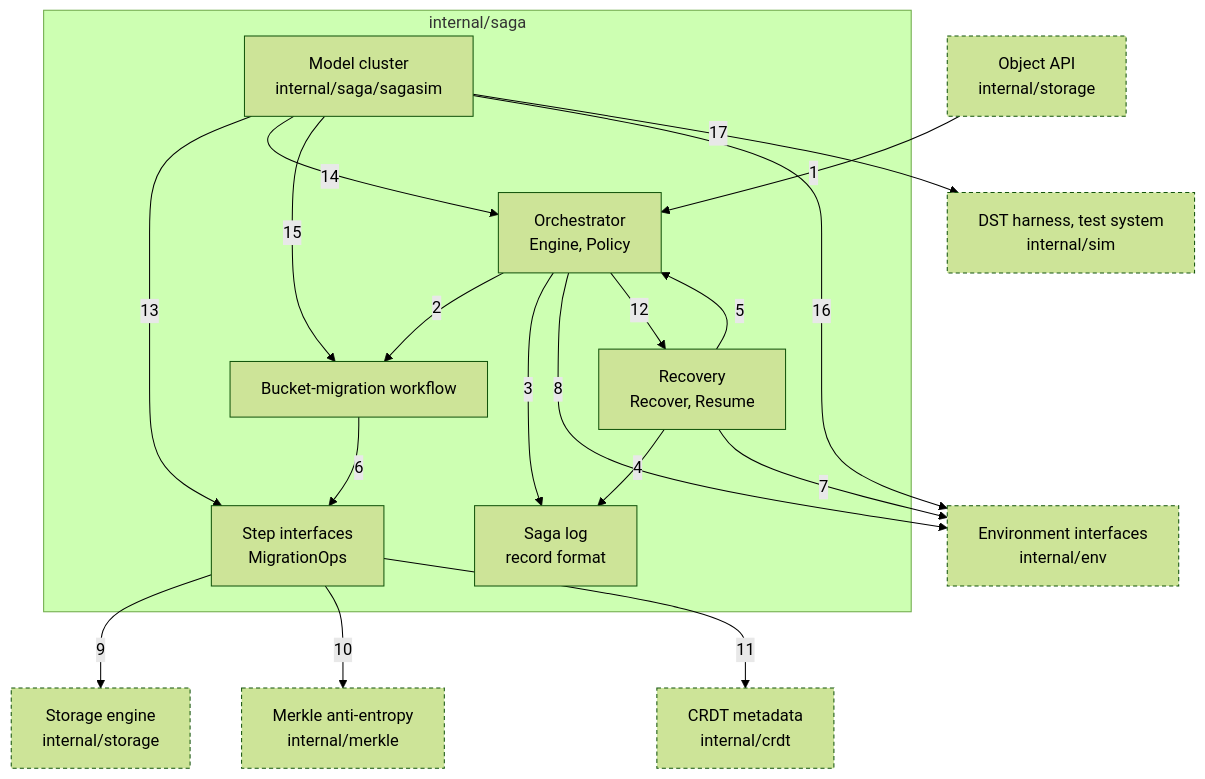
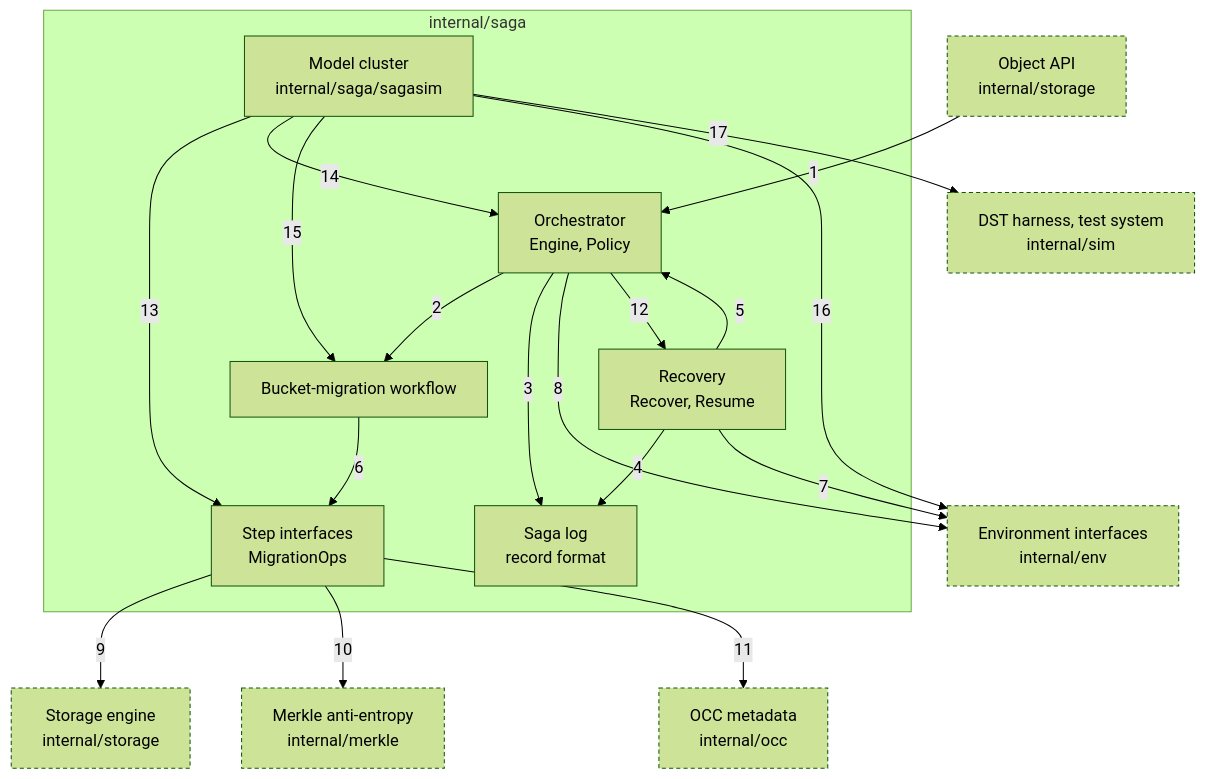
One commit to nickstrad/decentralized-object-store changed the diagram in docs/c4/08-component-saga.md. Above: the diagram before and after it, drawn with Mermaid (forest theme). The commit also changed other lines of this file and 26 other files, not shown here.

````diff
--- a/docs/c4/08-component-saga.md
+++ b/docs/c4/08-component-saga.md
@@ -7,36 +7,36 @@
 ```mermaid
 flowchart TB
   API["Object API<br/>internal/storage"]
   subgraph SAGA["internal/saga"]
     ORCH["Orchestrator<br/>Engine, Policy"]
     RECOVERY["Recovery<br/>Recover, Resume"]
     LOG["Saga log<br/>record format"]
     WORKFLOW["Bucket-migration workflow"]
     STEPS["Step interfaces<br/>MigrationOps"]
     SIM["Model cluster<br/>internal/saga/sagasim"]
   end
   ENV["Environment interfaces<br/>internal/env"]
   STORAGE["Storage engine<br/>internal/storage"]
   MERKLE["Merkle anti-entropy<br/>internal/merkle"]
-  CRDT["CRDT metadata<br/>internal/crdt"]
+  OCC["OCC metadata<br/>internal/occ"]
   DST["DST harness, test system<br/>internal/sim"]
   API -->|1| ORCH
   ORCH -->|2| WORKFLOW
   ORCH -->|3| LOG
   RECOVERY -->|4| LOG
   RECOVERY -->|5| ORCH
   WORKFLOW -->|6| STEPS
   RECOVERY -->|7| ENV
   ORCH -->|8| ENV
   STEPS -->|9| STORAGE
   STEPS -->|10| MERKLE
-  STEPS -->|11| CRDT
+  STEPS -->|11| OCC
   ORCH -->|12| RECOVERY
   SIM -->|13| STEPS
   SIM -->|14| ORCH
   SIM -->|15| WORKFLOW
   SIM -->|16| ENV
   SIM -->|17| DST
   classDef ext stroke-dasharray:4 3
-  class API,ENV,STORAGE,MERKLE,CRDT,DST ext
+  class API,ENV,STORAGE,MERKLE,OCC,DST ext
 ```
````
